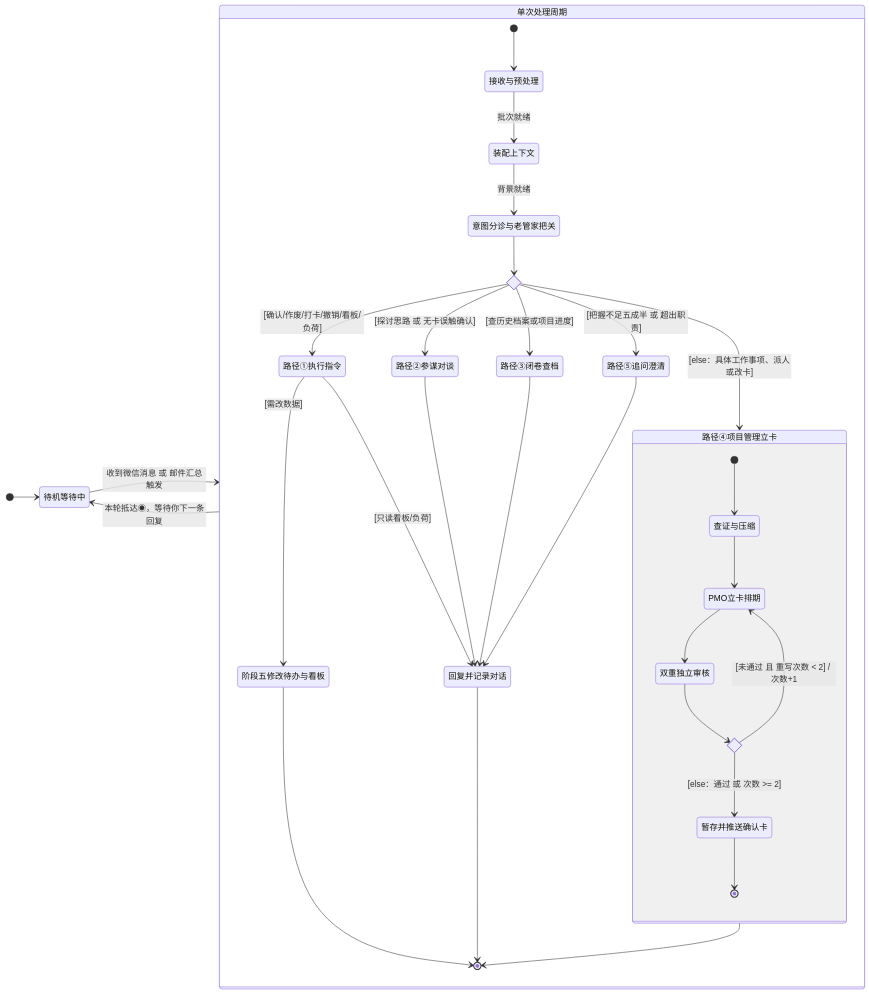
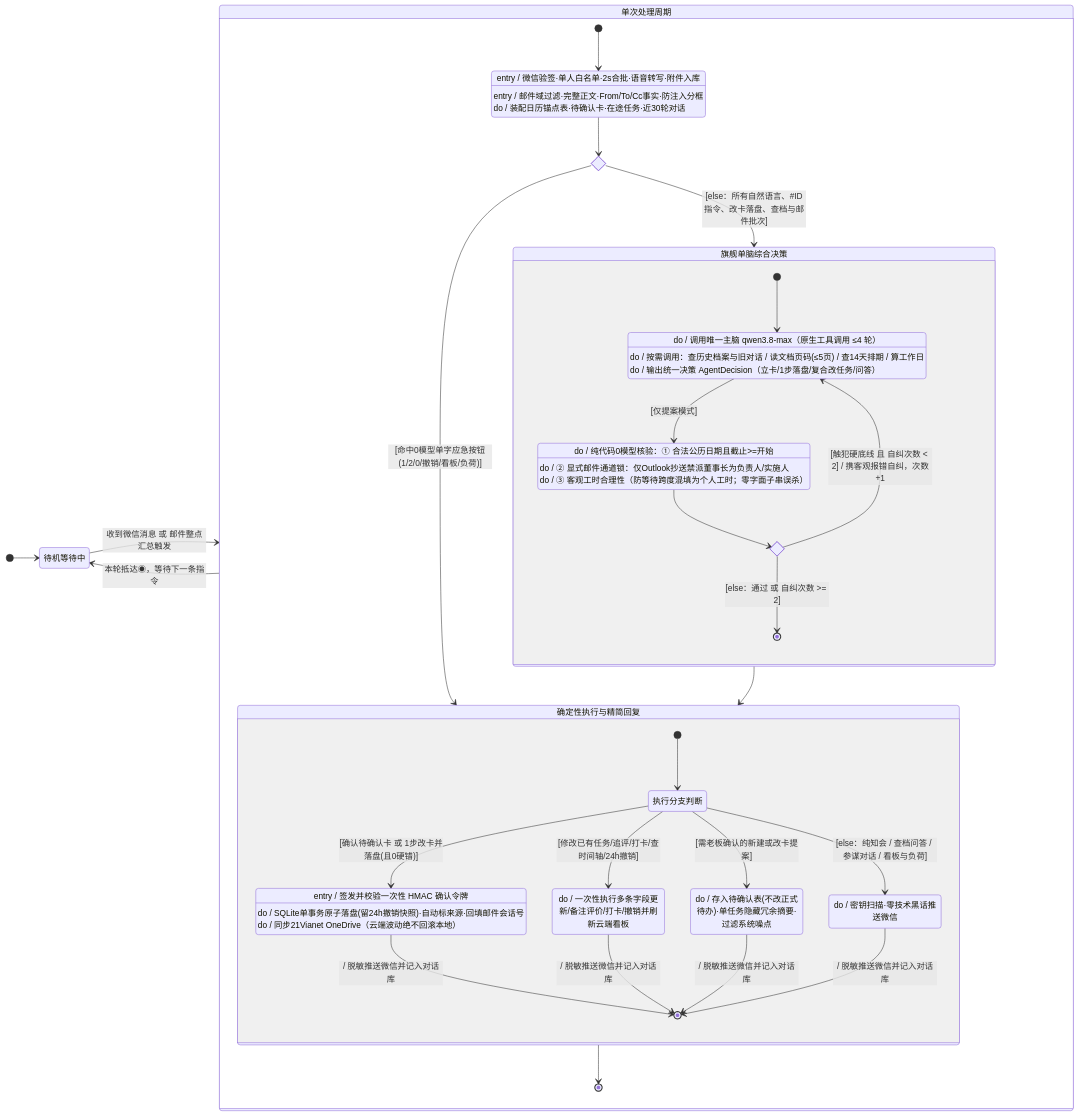
Before and after one commit to JohnWissentek/agentic_learning: the diagram in wechat_AI_assistant/docs/04-AI分拣工作流与确认机制.md, drawn with Mermaid. The commit also changed other lines of this file and 40 other files, not shown here.

````diff
--- a/wechat_AI_assistant/docs/04-AI分拣工作流与确认机制.md
+++ b/wechat_AI_assistant/docs/04-AI分拣工作流与确认机制.md
@@ -77,42 +26,63 @@
 ```mermaid
 stateDiagram-v2
     direction LR
     [*] --> 待机等待中
-    待机等待中 --> 单次处理周期 : 收到微信消息 或 邮件汇总触发
-    单次处理周期 --> 待机等待中 : 本轮抵达◉，等待你下一条回复
+    待机等待中 --> 单次处理周期 : 收到微信消息 或 邮件整点汇总触发
+    单次处理周期 --> 待机等待中 : 本轮抵达◉，等待下一条指令
 
     state 单次处理周期 {
-        [*] --> 接收与预处理
-        接收与预处理 --> 装配上下文 : 批次就绪
-        装配上下文 --> 意图分诊与老管家把关 : 背景就绪
-        state 分流裁决 <<choice>>
-        意图分诊与老管家把关 --> 分流裁决
+        [*] --> 上下文装配与事实供给
+        上下文装配与事实供给 : entry / 微信验签·单人白名单·2s合批·语音转写·附件入库
+        上下文装配与事实供给 : entry / 邮件域过滤·完整正文·From/To/Cc事实·防注入分框
+        上下文装配与事实供给 : do / 装配日历锚点表·待确认卡·在途任务·近30轮对话
 
-        分流裁决 --> 路径①执行指令 : [确认/作废/打卡/撤销/看板/负荷]
-        分流裁决 --> 路径②参谋对谈 : [探讨思路 或 无卡误触确认]
-        分流裁决 --> 路径③闭卷查档 : [查历史档案或项目进度]
-        分流裁决 --> 路径⑤追问澄清 : [把握不足五成半 或 超出职责]
-        分流裁决 --> 路径④项目管理立卡 : [else：具体工作事项、派人或改卡]
+        state 应急按钮分流 <<choice>>
+        上下文装配与事实供给 --> 应急按钮分流
 
-        路径①执行指令 --> 阶段五修改待办与看板 : [需改数据]
-        路径①执行指令 --> 回复并记录对话 : [只读看板/负荷]
-        路径②参谋对谈 --> 回复并记录对话
-        路径③闭卷查档 --> 回复并记录对话
-        路径⑤追问澄清 --> 回复并记录对话
+        应急按钮分流 --> 确定性执行与精简回复 : [命中0模型单字应急按钮(1/2/0/撤销/看板/负荷)]
+        应急按钮分流 --> 旗舰单脑综合决策 : [else：所有自然语言、#ID指令、改卡落盘、查档与邮件批次]
 
-        state 路径④项目管理立卡 {
-            [*] --> 查证与压缩
-            查证与压缩 --> PMO立卡排期
-            PMO立卡排期 --> 双重独立审核
-            state 审核判断 <<choice>>
-            双重独立审核 --> 审核判断
-            审核判断 --> PMO立卡排期 : [未通过 且 重写次数 < 2] / 次数+1
-            审核判断 --> 暂存并推送确认卡 : [else：通过 或 次数 >= 2]
-            暂存并推送确认卡 --> [*]
+        state 旗舰单脑综合决策 {
+            [*] --> 旗舰大脑思考与调工具
+            旗舰大脑思考与调工具 : do / 调用唯一主脑 qwen3.8-max（原生工具调用 ≤4 轮）
+            旗舰大脑思考与调工具 : do / 按需调用：查历史档案与旧对话 / 读文档页码(≤5页) / 查14天排期 / 算工作日
+            旗舰大脑思考与调工具 : do / 输出统一决策 AgentDecision（立卡/1步落盘/复合改任务/问答）
+
+            旗舰大脑思考与调工具 --> 客观底盘三线安检 : [仅提案模式]
+            客观底盘三线安检 : do / 纯代码0模型核验：① 合法公历日期且截止>=开始
+            客观底盘三线安检 : do / ② 显式邮件通道锁：仅Outlook抄送禁派董事长为负责人/实施人
+            客观底盘三线安检 : do / ③ 客观工时合理性（防等待跨度混填为个人工时；零字面子串误杀）
+
+            state 护栏裁决 <<choice>>
+            客观底盘三线安检 --> 护栏裁决
+            护栏裁决 --> 旗舰大脑思考与调工具 : [触犯硬底线 且 自纠次数 < 2] / 携客观报错自纠，次数+1
+            护栏裁决 --> [*] : [else：通过 或 自纠次数 >= 2]
         }
 
-        阶段五修改待办与看板 --> [*]
-        回复并记录对话 --> [*]
-        路径④项目管理立卡 --> [*]
+        旗舰单脑综合决策 --> 确定性执行与精简回复
+
+        state 确定性执行与精简回复 {
+            [*] --> 执行分支判断
+            state 执行分支判断 <<choice>>
+            执行分支判断 --> 审批落盘写库 : [确认待确认卡 或 1步改卡并落盘(且0硬错)]
+            执行分支判断 --> 复合直接改任务 : [修改已有任务/追评/打卡/查时间轴/24h撤销]
+            执行分支判断 --> 暂存并推送精简确认卡 : [需老板确认的新建或改卡提案]
+            执行分支判断 --> 直接文字或只读回复 : [else：纯知会 / 查档问答 / 参谋对话 / 看板与负荷]
+
+            审批落盘写库 : entry / 签发并校验一次性 HMAC 确认令牌
+            审批落盘写库 : do / SQLite单事务原子落盘(留24h撤销快照)·自动标来源·回填邮件会话号
+            审批落盘写库 : do / 同步21Vianet OneDrive（云端波动绝不回滚本地）
+
+            复合直接改任务 : do / 一次性执行多条字段更新/备注评价/打卡/撤销并刷新云端看板
+            暂存并推送精简确认卡 : do / 存入待确认表(不改正式待办)·单任务隐藏冗余摘要·过滤系统噪点
+            直接文字或只读回复 : do / 密钥扫描·零技术黑话推送微信
+
+            审批落盘写库 --> [*] : / 脱敏推送微信并记入对话库
+            复合直接改任务 --> [*] : / 脱敏推送微信并记入对话库
+            暂存并推送精简确认卡 --> [*] : / 脱敏推送微信并记入对话库
+            直接文字或只读回复 --> [*] : / 脱敏推送微信并记入对话库
+        }
+
+        确定性执行与精简回复 --> [*]
     }
 ```
````
